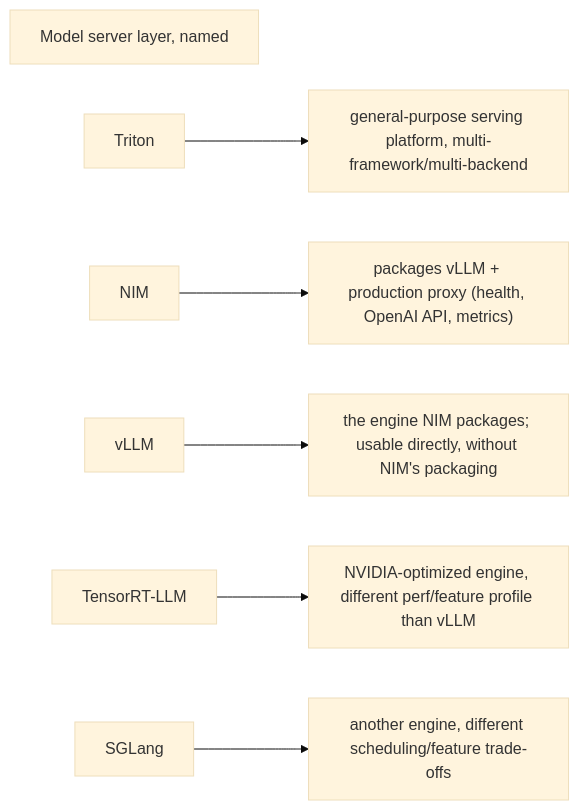
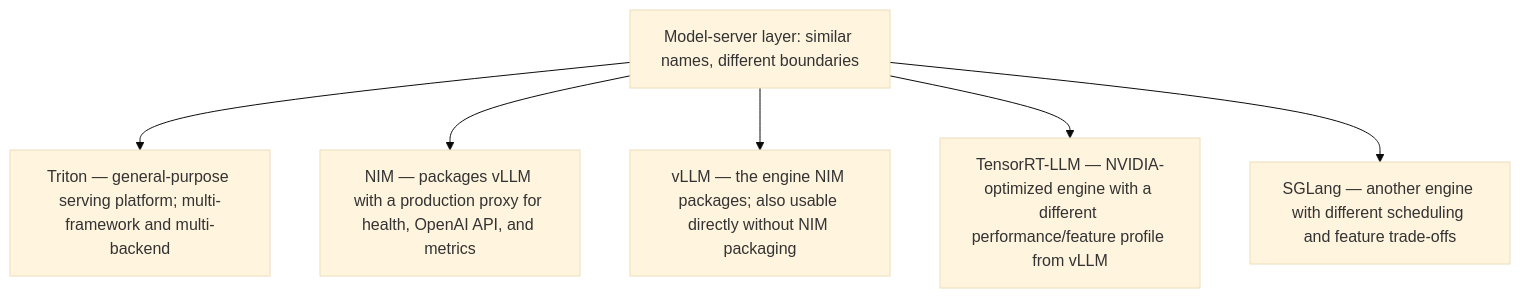
One commit to jithinpnjm/nvidia-devops changed the first of 2 diagrams in docs/volume-05/12-senior-deep-dive-3-nim-vllm-tensorrt-llm-and-serving-boundaries.md. Above: the diagram before and after it, drawn with Mermaid (base theme). The commit also changed 99 other files, not shown here.

````diff
--- a/docs/volume-05/12-senior-deep-dive-3-nim-vllm-tensorrt-llm-and-serving-boundaries.md
+++ b/docs/volume-05/12-senior-deep-dive-3-nim-vllm-tensorrt-llm-and-serving-boundaries.md
@@ -13,20 +13,9 @@
 ```mermaid
-flowchart LR
-  %% Converted from the original ASCII diagram; source wording is preserved.
-  n0["Model server layer, named"]
-  n1["Triton"]
-  n2["general-purpose serving platform, multi-framework/multi-backend"]
-  n3["NIM"]
-  n4["packages vLLM + production proxy (health, OpenAI API, metrics)"]
-  n5["vLLM"]
-  n6["the engine NIM packages; usable directly, without NIM's packaging"]
-  n7["TensorRT-LLM"]
-  n8["NVIDIA-optimized engine, different perf/feature profile than vLLM"]
-  n9["SGLang"]
-  n10["another engine, different scheduling/feature trade-offs"]
-  n1 --> n2
-  n3 --> n4
-  n5 --> n6
-  n7 --> n8
-  n9 --> n10
+flowchart TD
+  Layer["Model-server layer: similar names, different boundaries"]
+  Layer --> Triton["Triton — general-purpose serving platform; multi-framework and multi-backend"]
+  Layer --> NIM["NIM — packages vLLM with a production proxy for health, OpenAI API, and metrics"]
+  Layer --> VLLM["vLLM — the engine NIM packages; also usable directly without NIM packaging"]
+  Layer --> TRT["TensorRT-LLM — NVIDIA-optimized engine with a different performance/feature profile from vLLM"]
+  Layer --> SGLang["SGLang — another engine with different scheduling and feature trade-offs"]
 ```
````
